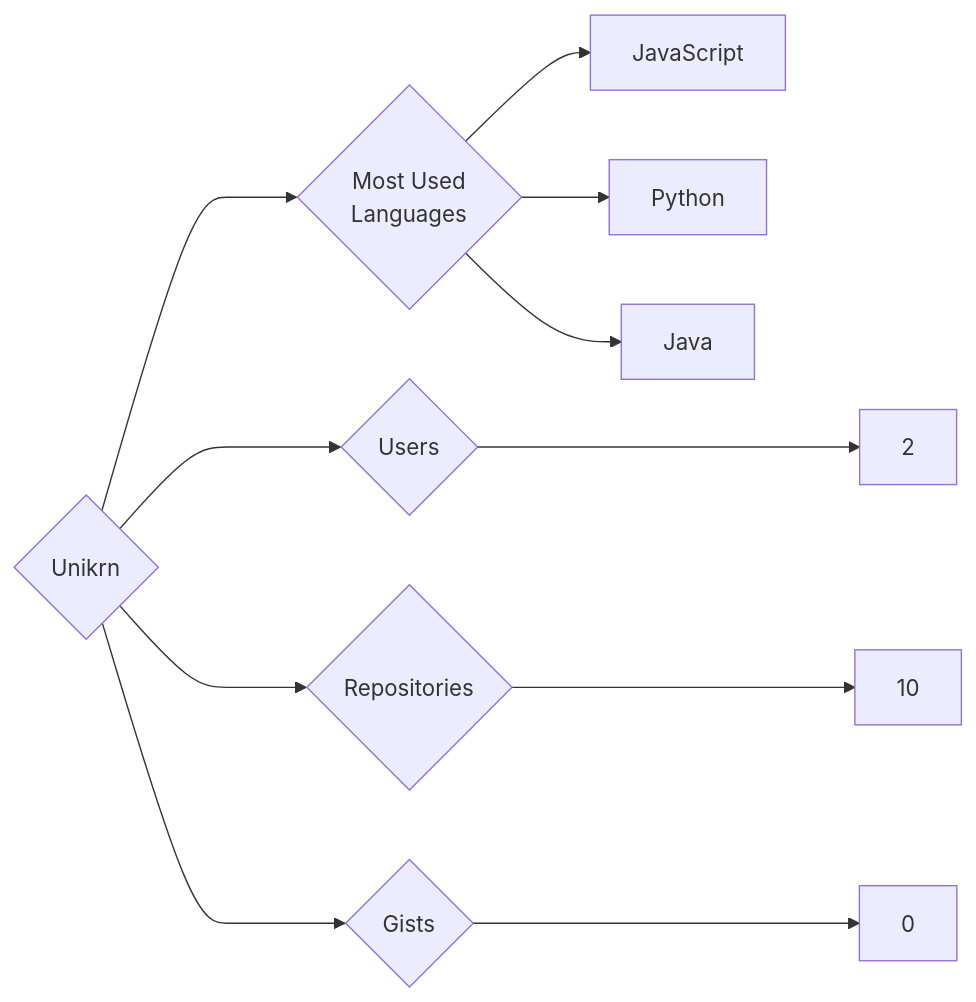
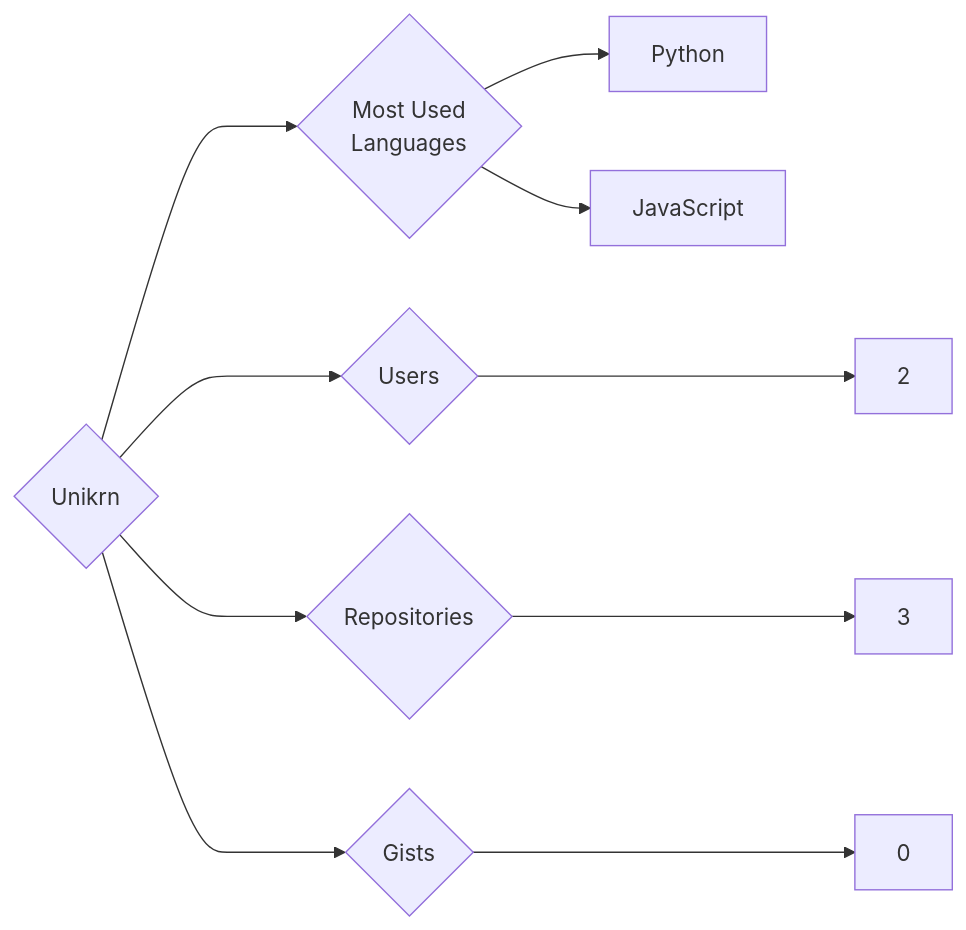
Before and after one commit to trickest/insiders: the diagram in targets/Unikrn/README.md, drawn with Mermaid. The commit also changed 748 other files, not shown here.

````diff
--- a/targets/Unikrn/README.md
+++ b/targets/Unikrn/README.md
@@ -3,11 +3,10 @@
 ```mermaid
 graph LR
 COMPANY_NAME{Unikrn}
 COMPANY_NAME ---> U{Users} ---> UN[2]
-COMPANY_NAME ---> R{Repositories} ---> RN[10]
+COMPANY_NAME ---> R{Repositories} ---> RN[3]
 COMPANY_NAME ---> G{Gists} ---> GN[0]
 COMPANY_NAME ---> ML{Most Used<br>Languages}
+ML --> Python[Python]
 ML --> JavaScript[JavaScript]
-ML --> Python[Python]
-ML --> Java[Java]
 ```
````
